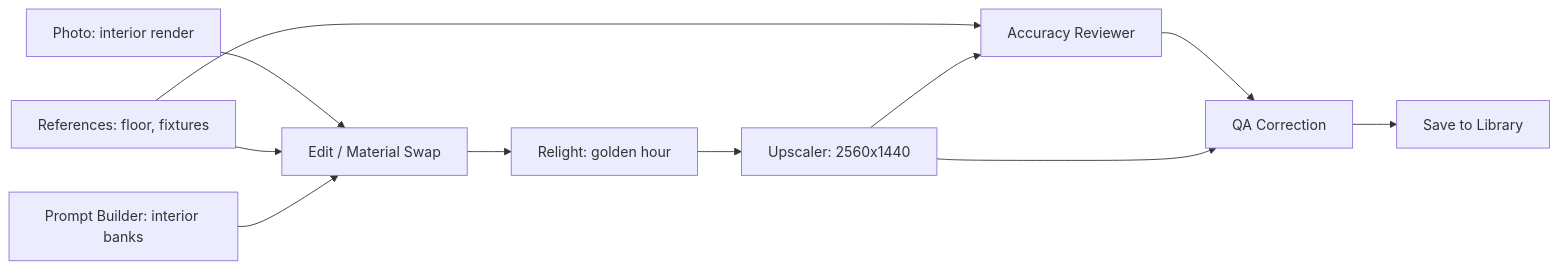
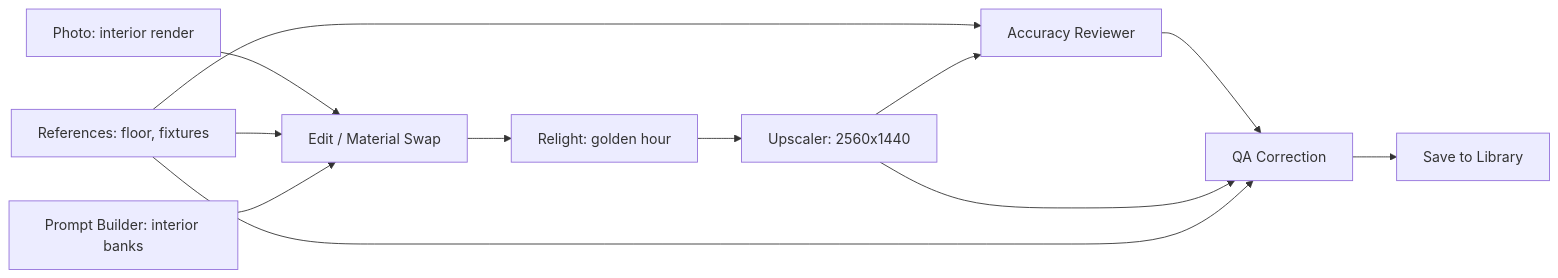
One commit to mlux-ops/Material-Collager-Website changed the diagram in docs/workbench-node-editor-design.md. Above: the diagram before and after it, drawn with Mermaid. The commit also changed other lines of this file, not shown here.

````diff
--- a/docs/workbench-node-editor-design.md
+++ b/docs/workbench-node-editor-design.md
@@ -158,13 +158,14 @@
 ```mermaid
 graph LR
   P[Photo: interior render] --> E[Edit / Material Swap]
   R[References: floor, fixtures] --> E
   PB[Prompt Builder: interior banks] --> E
   E --> RL[Relight: golden hour]
   RL --> U[Upscaler: 2560x1440]
   R --> AR[Accuracy Reviewer]
   U --> AR
   AR --> QC[QA Correction]
   U --> QC
+  R --> QC
   QC --> S[Save to Library]
 ```
````
